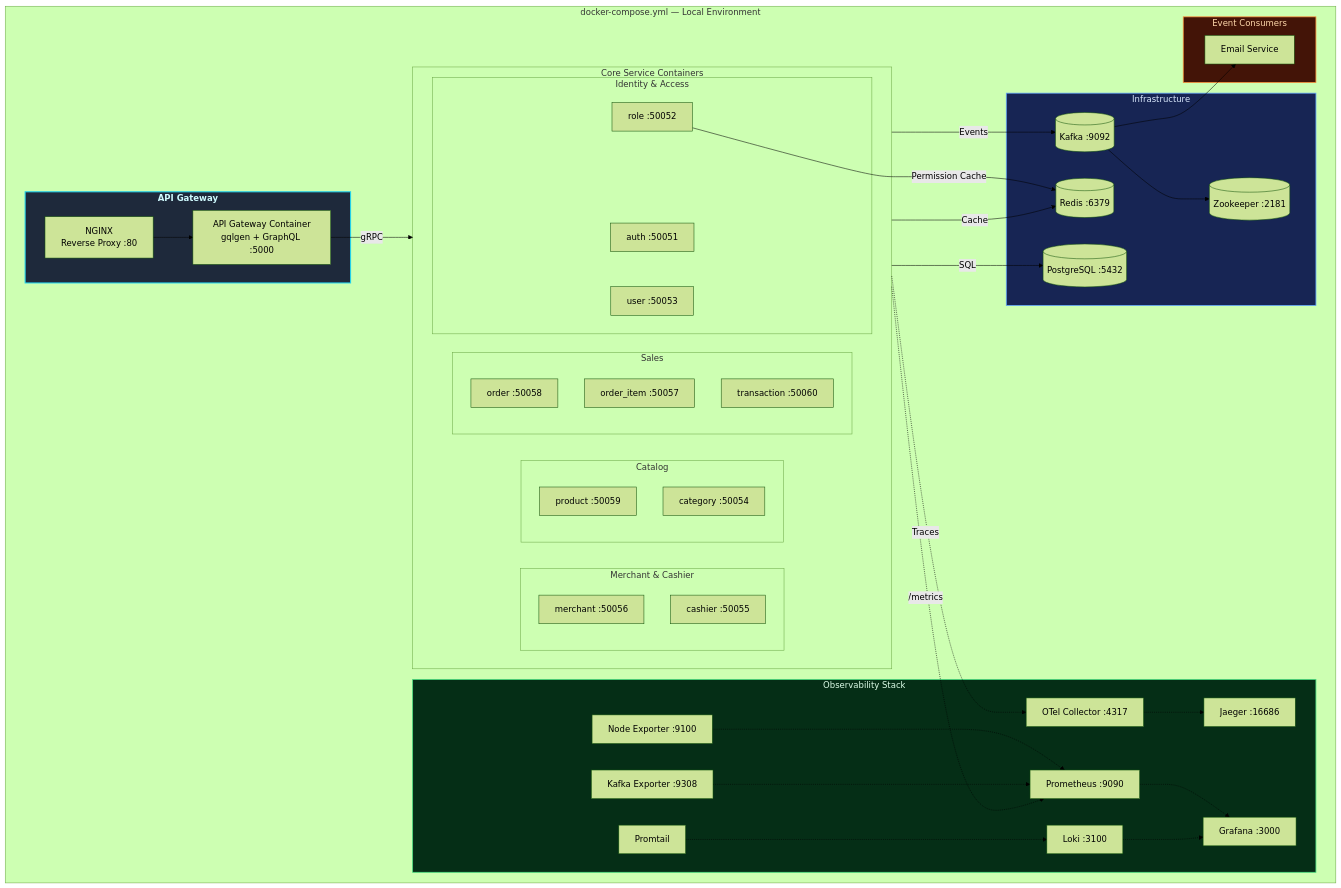
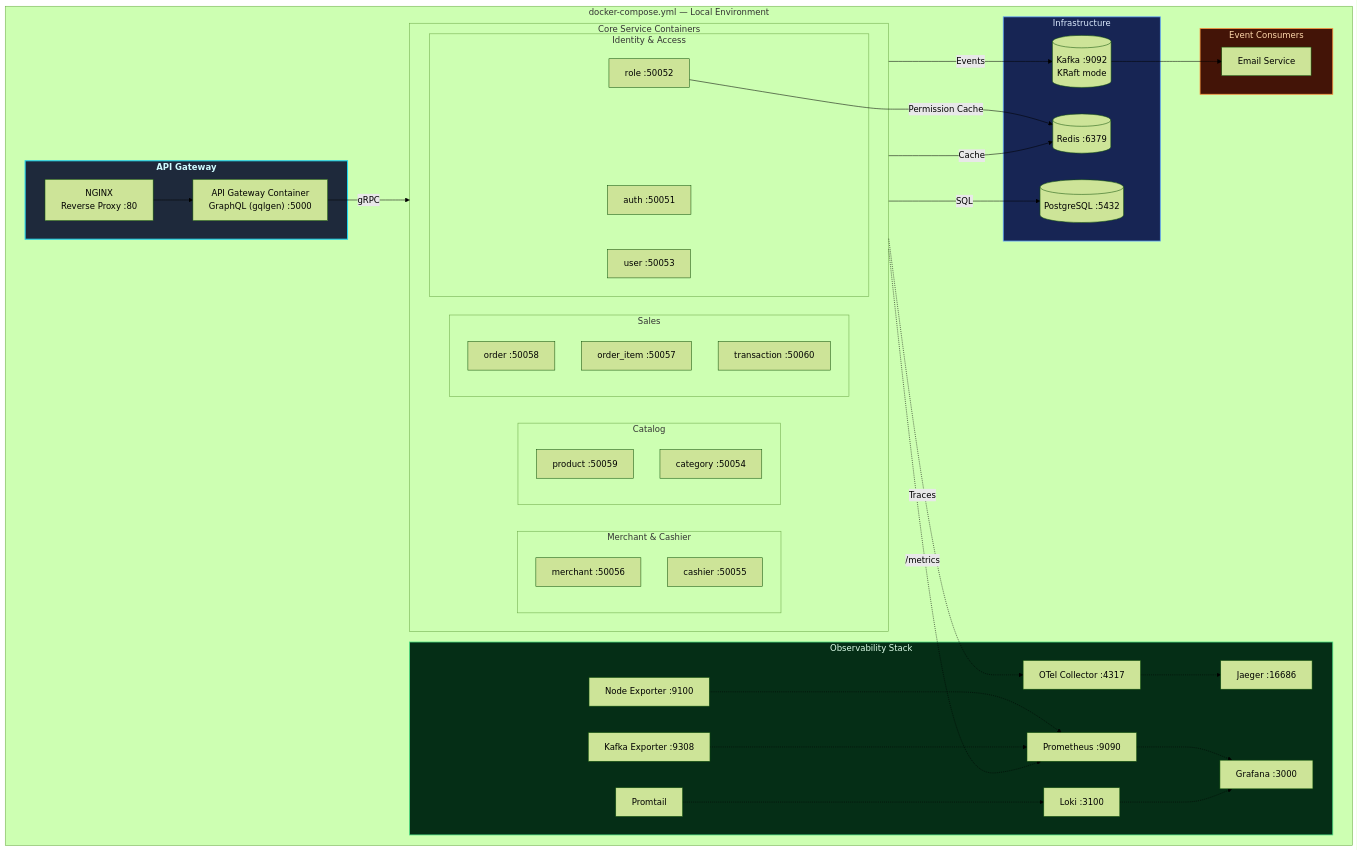
Before and after one commit to MamangRust/monolith-graphql-pointofsale-grpc: the eighth of 9 diagrams in README.md, drawn with Mermaid (forest theme). The commit also changed other lines of this file and 1484 other files, not shown here.

```diff
--- a/README.md
+++ b/README.md
@@ -388,7 +619,7 @@
 
         subgraph Gateway["API Gateway"]
             NGINX["NGINX<br/>Reverse Proxy :80"]
-            APIGW["API Gateway Container<br/>gqlgen + GraphQL :5000"]
+            APIGW["API Gateway Container<br/>GraphQL (gqlgen) :5000"]
         end
         class Gateway gateway
 
@@ -420,8 +651,7 @@
         subgraph Infra["Infrastructure"]
             PG[("PostgreSQL :5432")]
             REDIS[("Redis :6379")]
-            KAFKA[("Kafka :9092")]
-            ZK[("Zookeeper :2181")]
+            KAFKA[("Kafka :9092<br/>KRaft mode")]
         end
         class Infra infra
 
@@ -448,7 +678,6 @@
     Services -->|"SQL"| PG
     Services -->|"Cache"| REDIS
     Services -->|"Events"| KAFKA
-    KAFKA --> ZK
     KAFKA --> EMAIL
     Services -.->|"/metrics"| PROM
     Services -.->|"Traces"| OTEL
```
